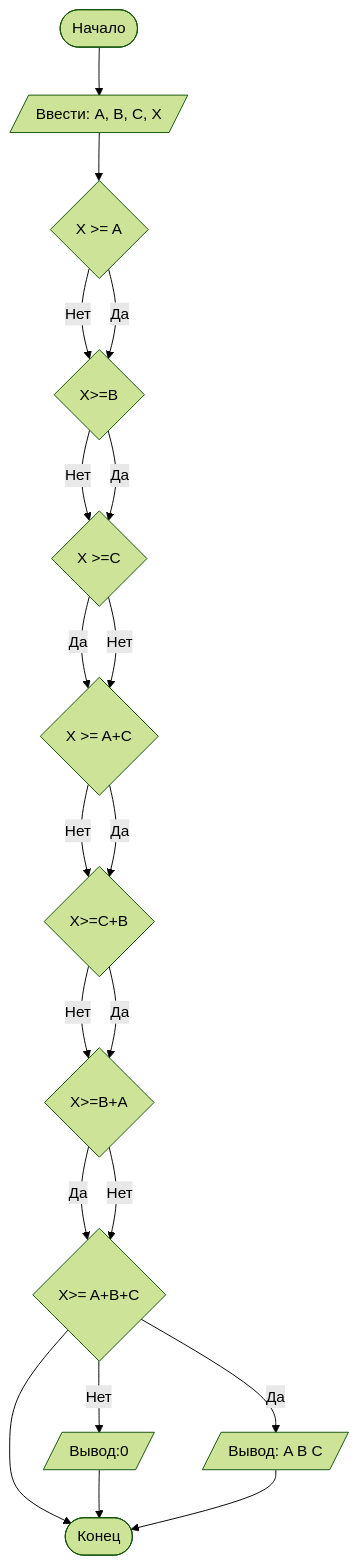
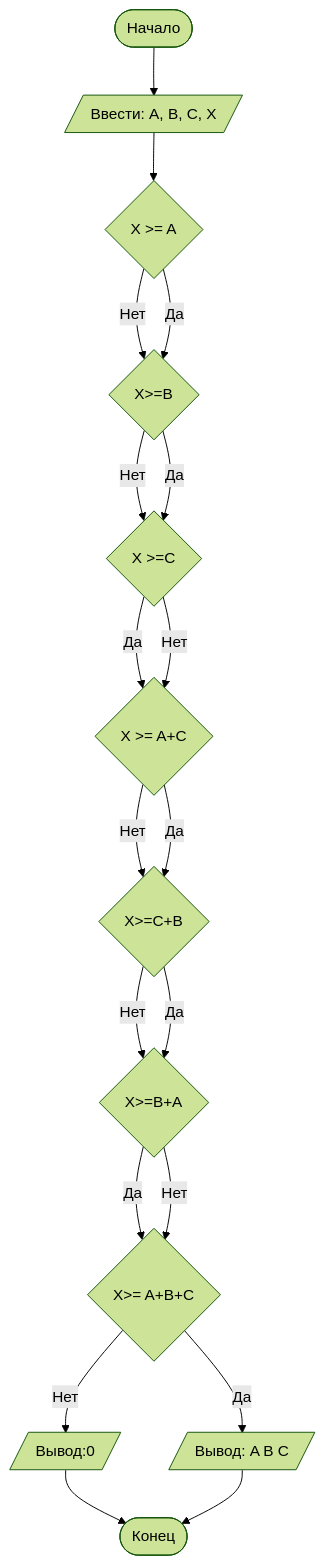
One commit to nr41354-lang/Lab1 changed the diagram in README.md. Above: the diagram before and after it, drawn with Mermaid (forest theme). The commit also changed other lines of this file, not shown here.

````diff
--- a/README.md
+++ b/README.md
@@ -95,23 +95,22 @@
 ```mermaid
 graph TD
     A([Начало]) --> B[/Ввести: A, B, C, X/]
     B --> C{X >= A}
     C -- Нет --> D{X >= B}
     D -- Нет --> E{X >= C}
     D -- Да --> E{X >=C}
     C -- Да --> D{X>=B}
 E--Да--> J{X>=A+C}
     E -- Нет --> J{X >= A+C}
 J--Нет--> K{X >= C+B}
 K--Нет--> L{X >= B+A}
 J--Да--> K{X>=C+B}
 K--Да--> L{X>=B+A}
 L--Да--> O{X>=A+B+C}
 L--Нет--> O{X>= A+B+C}
 O--Да--> Q[/Вывод: A B C/]
 O--Нет--> R[/Вывод:0/]
-O-->Z
     R --> Z
     Q --> Z([Конец])
 
 ```
````
